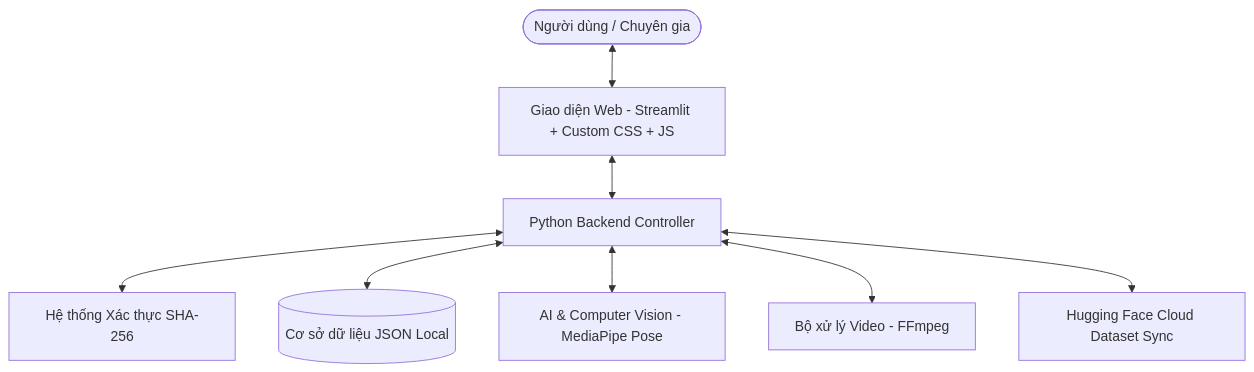
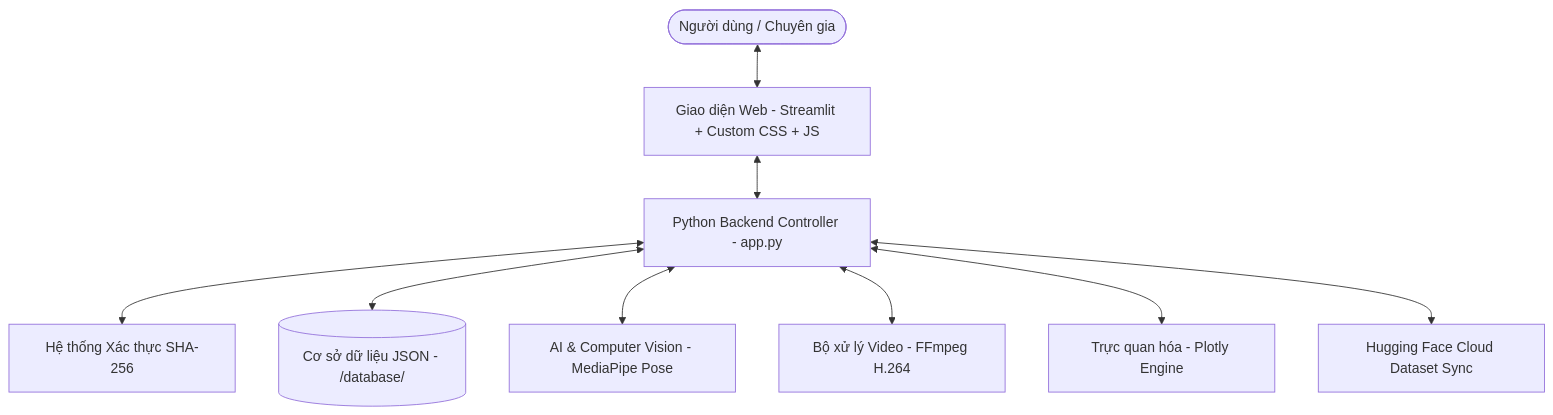
The diagram in docs/TECHNICAL_DOCUMENTATION.md (hoxuanphu/Rehab-AI-Monitor), drawn with Mermaid before and after one commit. The commit also changed other lines of this file and 3 other files, not shown here.

````diff
--- a/docs/TECHNICAL_DOCUMENTATION.md
+++ b/docs/TECHNICAL_DOCUMENTATION.md
@@ -12,10 +14,11 @@
 ```mermaid
 graph TD
     User([Người dùng / Chuyên gia]) <--> Frontend[Giao diện Web - Streamlit + Custom CSS + JS]
-    Frontend <--> Backend_Core[Python Backend Controller]
+    Frontend <--> Backend_Core[Python Backend Controller - app.py]
     Backend_Core <--> Auth_Engine[Hệ thống Xác thực SHA-256]
-    Backend_Core <--> Database_JSON[(Cơ sở dữ liệu JSON Local)]
+    Backend_Core <--> Database_JSON[(Cơ sở dữ liệu JSON - /database/)]
     Backend_Core <--> AI_Core[AI & Computer Vision - MediaPipe Pose]
-    Backend_Core <--> Media_Engine[Bộ xử lý Video - FFmpeg]
+    Backend_Core <--> Media_Engine[Bộ xử lý Video - FFmpeg H.264]
+    Backend_Core <--> Plotly_Engine[Trực quan hóa - Plotly Engine]
     Backend_Core <--> Cloud_Sync[Hugging Face Cloud Dataset Sync]
 ```
````
